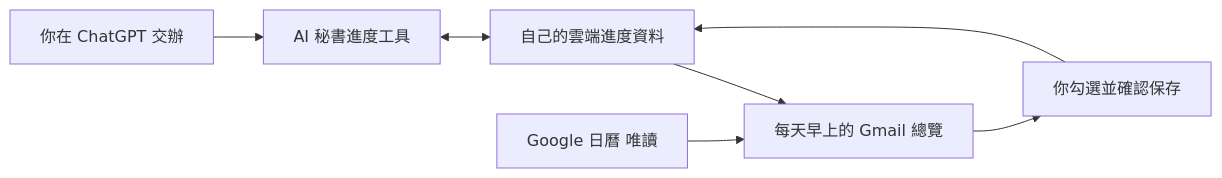
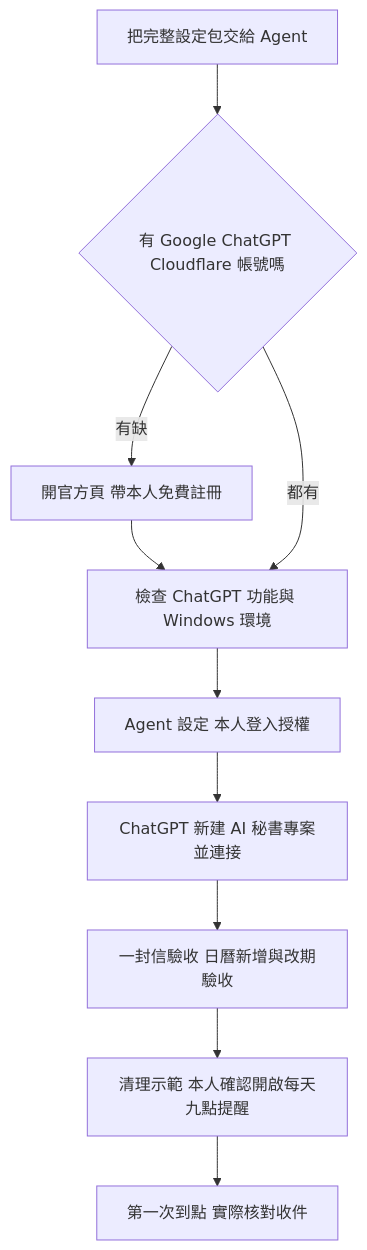
The diagram in docs/FLOW.md (RoyalMilkteaMaster/AI-Secretary-for-ChatGPT-user), drawn with Mermaid before and after one commit. The commit also changed other lines of this file and 53 other files, not shown here.

````diff
--- a/docs/FLOW.md
+++ b/docs/FLOW.md
@@ -18,9 +3,12 @@
 ```mermaid
-flowchart LR
-  U[你在 ChatGPT 交辦] --> M[AI 秘書進度工具]
-  M <--> D[自己的雲端進度資料]
-  D --> E[每天早上的 Gmail 總覽]
-  C[Google 日曆 唯讀] --> E
-  E --> A[你勾選並確認保存]
-  A --> D
+flowchart TD
+    A[把完整設定包交給 Agent] --> B{有 Google ChatGPT Cloudflare 帳號嗎}
+    B -->|有缺| C[開官方頁 帶本人免費註冊]
+    C --> D[檢查 ChatGPT 功能與 Windows 環境]
+    B -->|都有| D
+    D --> E[Agent 設定 本人登入授權]
+    E --> F[ChatGPT 新建 AI 秘書專案並連接]
+    F --> G[一封信驗收 日曆新增與改期驗收]
+    G --> H[清理示範 本人確認開啟每天九點提醒]
+    H --> I[第一次到點 實際核對收件]
 ```
````
